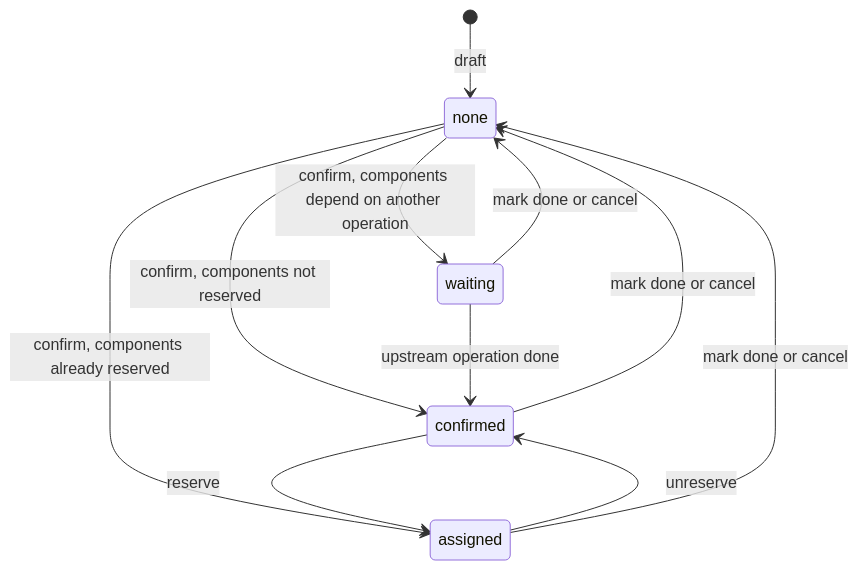
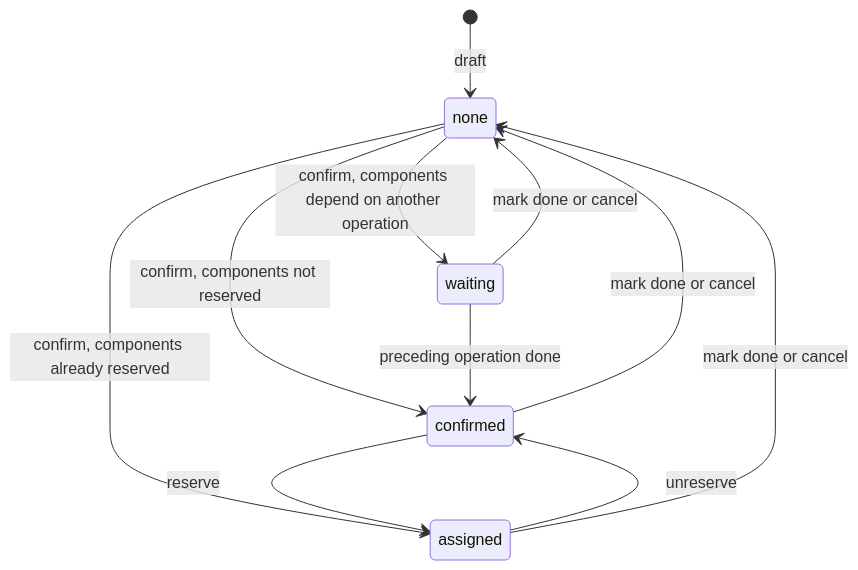
One commit to vast-development-method/odoo-doc changed the second of 5 diagrams in docs/domains/manufacturing/state-machines.md. Above: the diagram before and after it, drawn with Mermaid. The commit also changed other lines of this file and 69 other files, not shown here.

````diff
--- a/docs/domains/manufacturing/state-machines.md
+++ b/docs/domains/manufacturing/state-machines.md
@@ -170,13 +170,13 @@
 ```mermaid
 stateDiagram-v2
     [*] --> none : draft
     none --> waiting : confirm, components depend on another operation
     none --> confirmed : confirm, components not reserved
     none --> assigned : confirm, components already reserved
-    waiting --> confirmed : upstream operation done
+    waiting --> confirmed : preceding operation done
     confirmed --> assigned : reserve
     assigned --> confirmed : unreserve
     confirmed --> none : mark done or cancel
     assigned --> none : mark done or cancel
     waiting --> none : mark done or cancel
 ```
````
